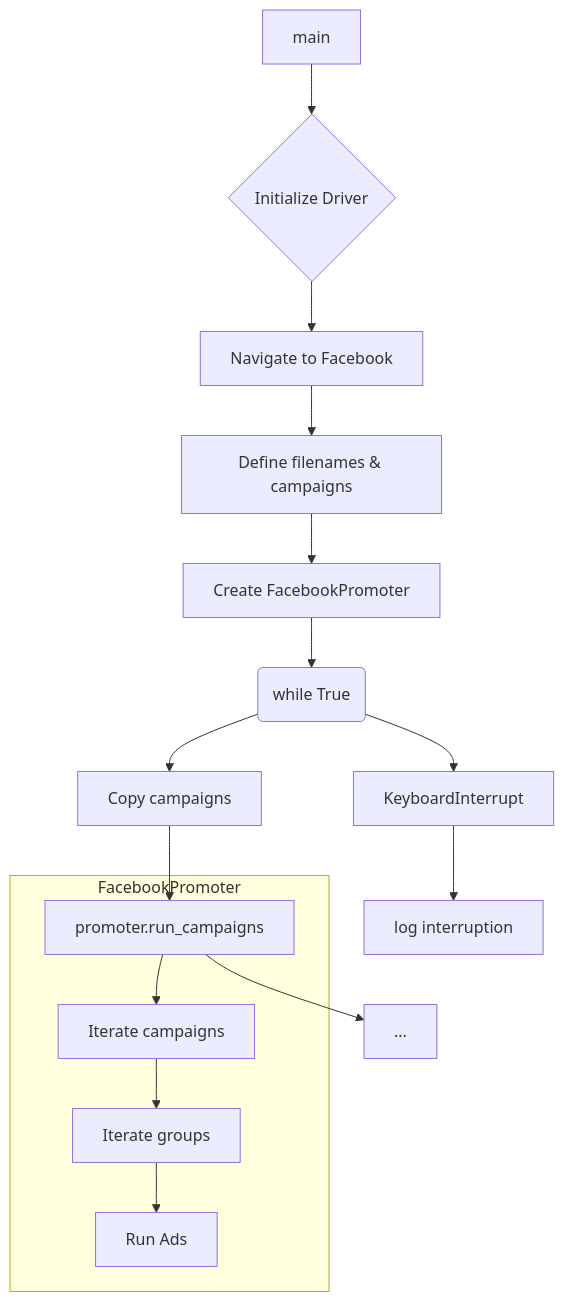
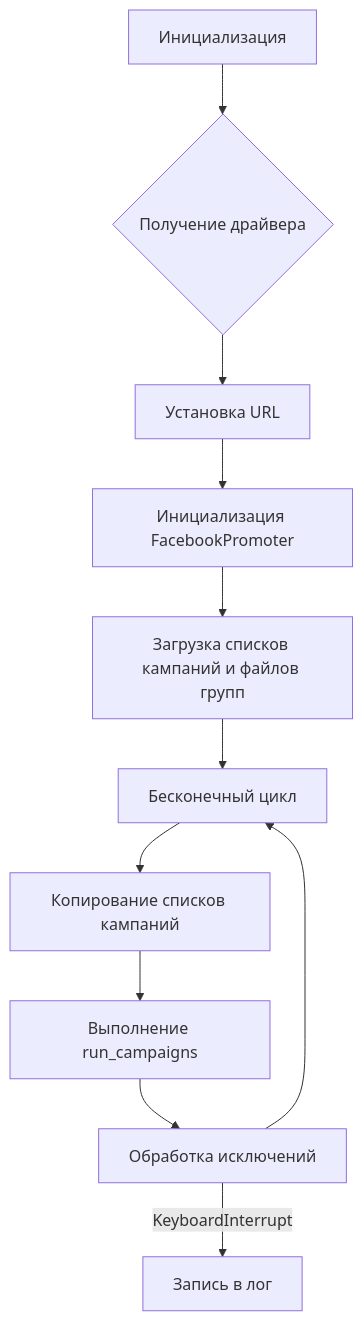
Before and after one commit to hypo69/hypo: the first of 2 diagrams in docs/gemini/ru/explainer/src/endpoints/advertisement/facebook/start_posting_my_groups.md, drawn with Mermaid. The commit also changed other lines of this file and 43 other files, not shown here.

````diff
--- a/docs/gemini/ru/explainer/src/endpoints/advertisement/facebook/start_posting_my_groups.md
+++ b/docs/gemini/ru/explainer/src/endpoints/advertisement/facebook/start_posting_my_groups.md
@@ -84,19 +54,13 @@
 ```mermaid
 graph TD
-    A[main] --> B{Initialize Driver};
-    B --> C[Navigate to Facebook];
-    C --> D[Define filenames & campaigns];
-    D --> E[Create FacebookPromoter];
-    E --> F(while True);
-    F --> G[Copy campaigns];
-    G --> H[promoter.run_campaigns];
-    H --> I[...];
-    F --> J[KeyboardInterrupt];
-    J --> K[log interruption];
-    subgraph "FacebookPromoter"
-        H --> L[Iterate campaigns];
-        L --> M[Iterate groups];
-        M --> N[Run Ads];
-    end
-    
+    A[Инициализация] --> B{Получение драйвера};
+    B --> C[Установка URL];
+    C --> D[Инициализация FacebookPromoter];
+    D --> E[Загрузка списков кампаний и файлов групп];
+    E --> F[Бесконечный цикл];
+    F --> G[Копирование списков кампаний];
+    G --> H[Выполнение run_campaigns];
+    H --> I[Обработка исключений];
+    I --> F;
+    I -- KeyboardInterrupt --> J[Запись в лог];
 ```
````
